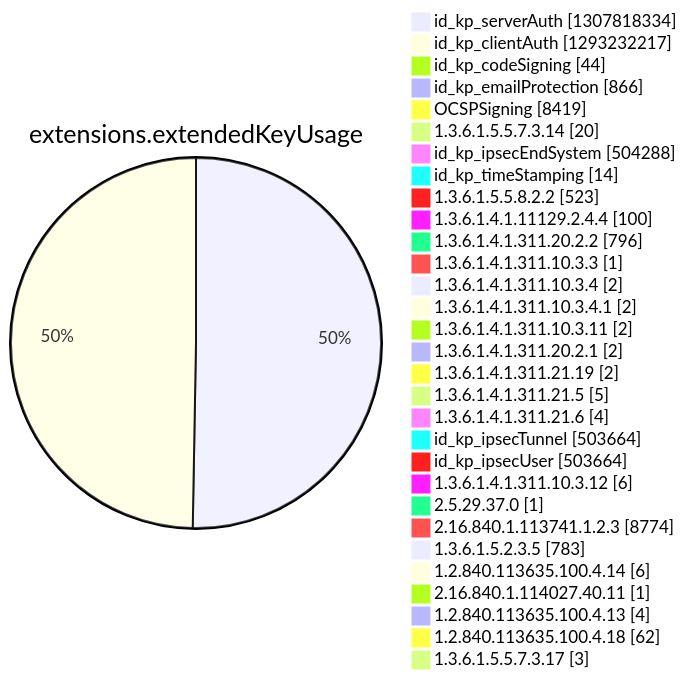
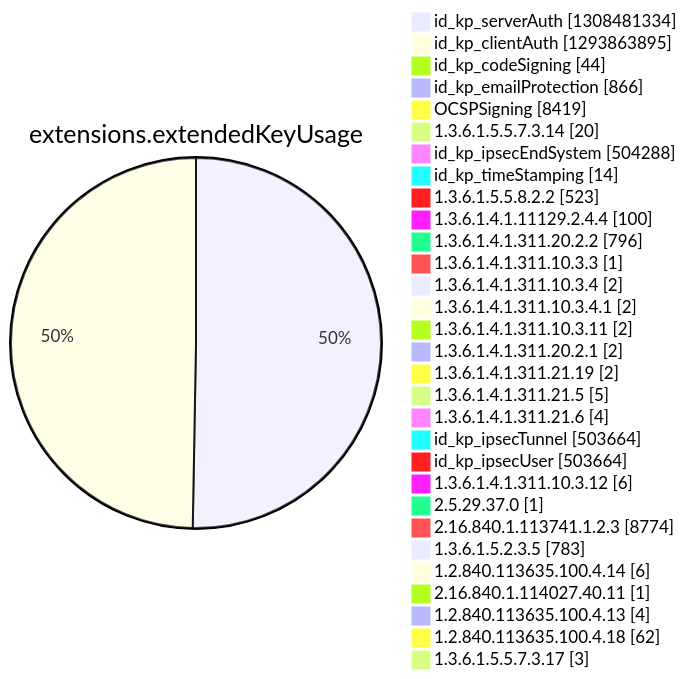
Diagram 12 of 15 in argon2022/README.md (christiankrug/ctmonitor_visualization), drawn with Mermaid before and after one commit. The commit also changed other lines of this file, not shown here.

````diff
--- a/argon2022/README.md
+++ b/argon2022/README.md
@@ -3552,34 +3552,34 @@
 ```mermaid
 pie showData
 title extensions.extendedKeyUsage
-"id_kp_serverAuth" :1307818334
-"id_kp_clientAuth" :1293232217
+"id_kp_serverAuth" :1308481334
+"id_kp_clientAuth" :1293863895
 "id_kp_codeSigning" :44
 "id_kp_emailProtection" :866
 "OCSPSigning" :8419
 "1.3.6.1.5.5.7.3.14" :20
 "id_kp_ipsecEndSystem" :504288
 "id_kp_timeStamping" :14
 "1.3.6.1.5.5.8.2.2" :523
 "1.3.6.1.4.1.11129.2.4.4" :100
 "1.3.6.1.4.1.311.20.2.2" :796
 "1.3.6.1.4.1.311.10.3.3" :1
 "1.3.6.1.4.1.311.10.3.4" :2
 "1.3.6.1.4.1.311.10.3.4.1" :2
 "1.3.6.1.4.1.311.10.3.11" :2
 "1.3.6.1.4.1.311.20.2.1" :2
 "1.3.6.1.4.1.311.21.19" :2
 "1.3.6.1.4.1.311.21.5" :5
 "1.3.6.1.4.1.311.21.6" :4
 "id_kp_ipsecTunnel" :503664
 "id_kp_ipsecUser" :503664
 "1.3.6.1.4.1.311.10.3.12" :6
 "2.5.29.37.0" :1
 "2.16.840.1.113741.1.2.3" :8774
 "1.3.6.1.5.2.3.5" :783
 "1.2.840.113635.100.4.14" :6
 "2.16.840.1.114027.40.11" :1
 "1.2.840.113635.100.4.13" :4
 "1.2.840.113635.100.4.18" :62
 "1.3.6.1.5.5.7.3.17" :3
 ```
````
